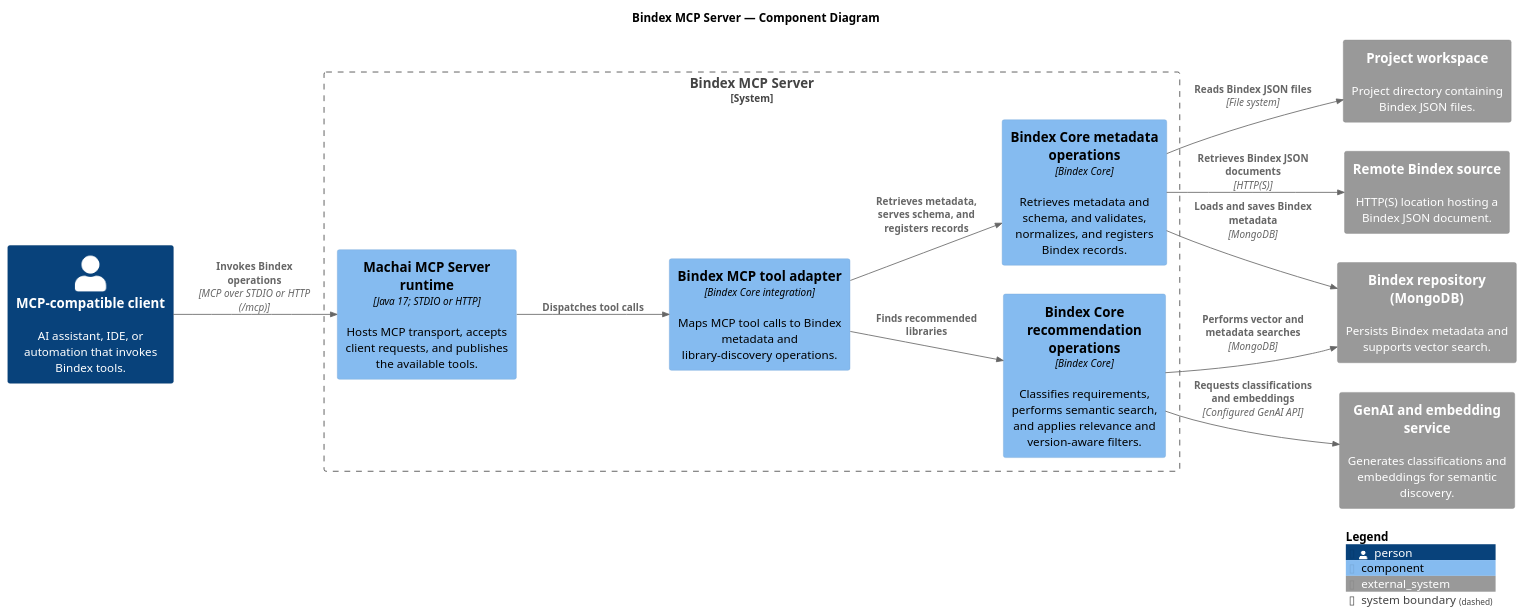
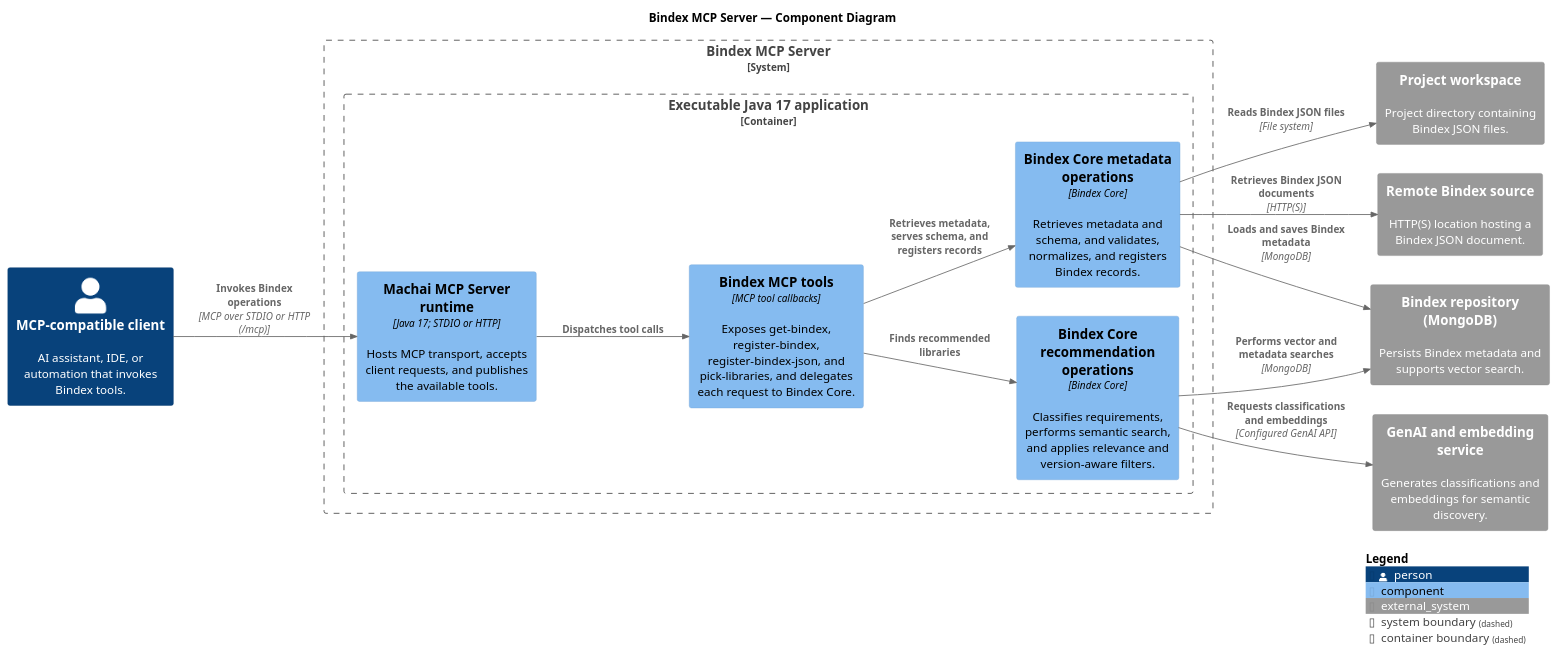
Before and after one commit to machanism-org/bindex-mcp-server: the diagram in src/site/puml/c4-diagram.puml, drawn with PlantUML. The commit also changed 2 other files, not shown here.

```diff
--- a/src/site/puml/c4-diagram.puml
+++ b/src/site/puml/c4-diagram.puml
@@ -10,32 +10,34 @@
 @startuml BindexMcpServerComponentDiagram
 !include https://raw.githubusercontent.com/plantuml-stdlib/C4-PlantUML/master/C4_Component.puml
 
 title Bindex MCP Server — Component Diagram
 
 LAYOUT_LEFT_RIGHT()
 
 Person(mcpClient, "MCP-compatible client", "AI assistant, IDE, or automation that invokes Bindex tools.")
 System_Ext(projectWorkspace, "Project workspace", "Project directory containing Bindex JSON files.")
 System_Ext(remoteBindexSource, "Remote Bindex source", "HTTP(S) location hosting a Bindex JSON document.")
 System_Ext(mongoDb, "Bindex repository (MongoDB)", "Persists Bindex metadata and supports vector search.")
 System_Ext(genAiService, "GenAI and embedding service", "Generates classifications and embeddings for semantic discovery.")
 
 System_Boundary(bindexServer, "Bindex MCP Server") {
-    Component(mcpRuntime, "Machai MCP Server runtime", "Java 17; STDIO or HTTP", "Hosts MCP transport, accepts client requests, and publishes the available tools.")
-    Component(toolAdapter, "Bindex MCP tool adapter", "Bindex Core integration", "Maps MCP tool calls to Bindex metadata and library-discovery operations.")
-    Component(metadataOperations, "Bindex Core metadata operations", "Bindex Core", "Retrieves metadata and schema, and validates, normalizes, and registers Bindex records.")
-    Component(recommendationOperations, "Bindex Core recommendation operations", "Bindex Core", "Classifies requirements, performs semantic search, and applies relevance and version-aware filters.")
+    Container_Boundary(serverApplication, "Executable Java 17 application") {
+        Component(mcpRuntime, "Machai MCP Server runtime", "Java 17; STDIO or HTTP", "Hosts MCP transport, accepts client requests, and publishes the available tools.")
+        Component(toolAdapter, "Bindex MCP tools", "MCP tool callbacks", "Exposes get-bindex, register-bindex, register-bindex-json, and pick-libraries, and delegates each request to Bindex Core.")
+        Component(metadataOperations, "Bindex Core metadata operations", "Bindex Core", "Retrieves metadata and schema, and validates, normalizes, and registers Bindex records.")
+        Component(recommendationOperations, "Bindex Core recommendation operations", "Bindex Core", "Classifies requirements, performs semantic search, and applies relevance and version-aware filters.")
+    }
 }
 
 Rel(mcpClient, mcpRuntime, "Invokes Bindex operations", "MCP over STDIO or HTTP (/mcp)")
 Rel(mcpRuntime, toolAdapter, "Dispatches tool calls")
 Rel(toolAdapter, metadataOperations, "Retrieves metadata, serves schema, and registers records")
 Rel(toolAdapter, recommendationOperations, "Finds recommended libraries")
 Rel(metadataOperations, projectWorkspace, "Reads Bindex JSON files", "File system")
 Rel(metadataOperations, remoteBindexSource, "Retrieves Bindex JSON documents", "HTTP(S)")
 Rel(metadataOperations, mongoDb, "Loads and saves Bindex metadata", "MongoDB")
 Rel(recommendationOperations, mongoDb, "Performs vector and metadata searches", "MongoDB")
 Rel(recommendationOperations, genAiService, "Requests classifications and embeddings", "Configured GenAI API")
 
 SHOW_LEGEND()
 @enduml
```
